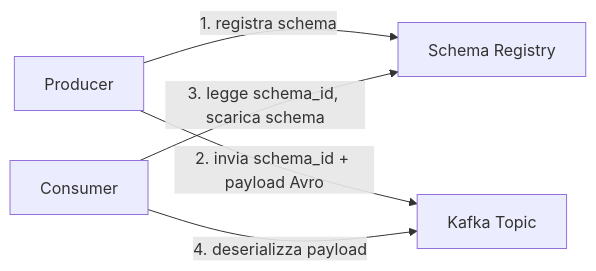
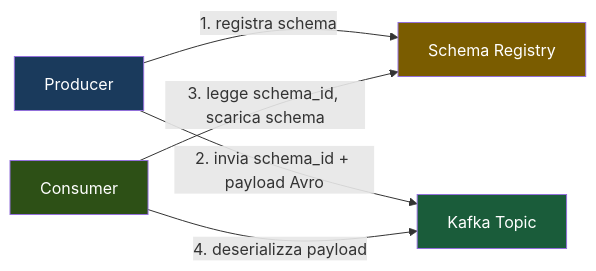
One commit to AndreyBertasini/gynnitech changed the diagram in src/content/corso/real-time-analytics/streaming.mdx. Above: the diagram before and after it, drawn with Mermaid. The commit also changed 21 other files, not shown here.

First line of the commit message:
style: applica color scheme semantico a tutti i diagrammi Mermaid del corso

````diff
--- a/src/content/corso/real-time-analytics/streaming.mdx
+++ b/src/content/corso/real-time-analytics/streaming.mdx
@@ -115,7 +115,11 @@
 ```mermaid
 graph LR
     A["Producer"] -->|"1. registra schema"| B["Schema Registry"]
     A -->|"2. invia schema_id + payload Avro"| C["Kafka Topic"]
     D["Consumer"] -->|"3. legge schema_id, scarica schema"| B
     D -->|"4. deserializza payload"| C
+    style A fill:#1a3a5c,color:#ffffff
+    style B fill:#7a5c00,color:#ffffff
+    style C fill:#1a5c3a,color:#ffffff
+    style D fill:#2d5016,color:#ffffff
 ```
````
